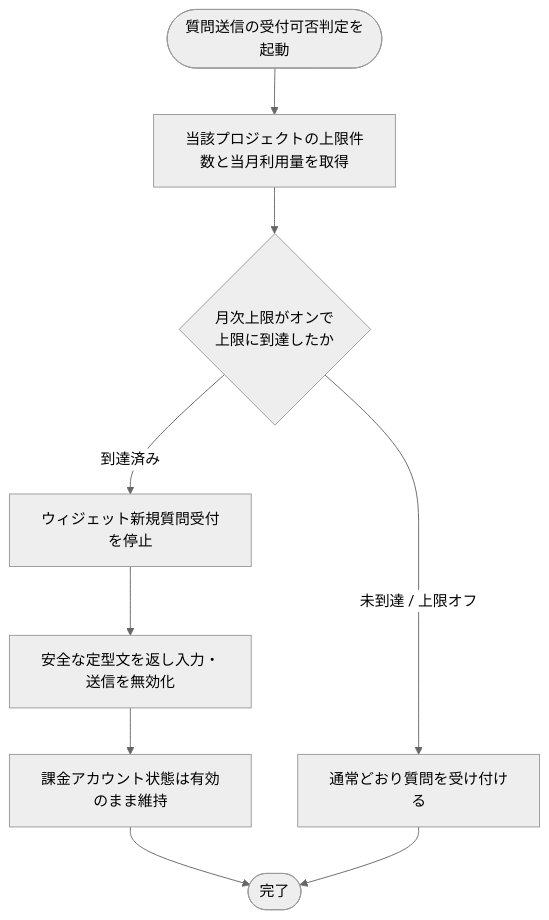
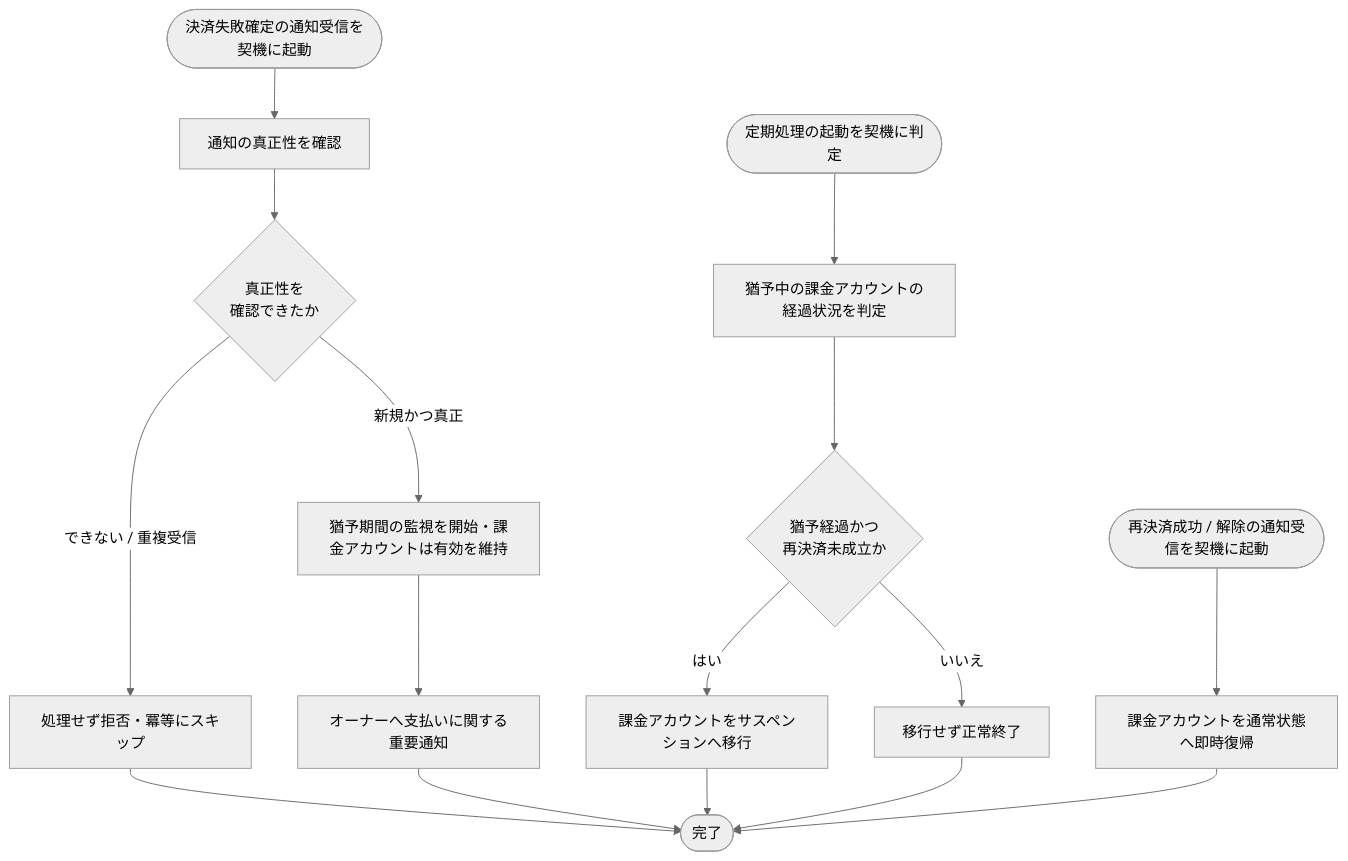
One commit to sikakou54/open-faq changed the diagram in 02_basic_design/02_backend/01_system/SYS-020.md. Above: the diagram before and after it, drawn with Mermaid (neutral theme). The commit also changed other lines of this file and 395 other files, not shown here.

````diff
--- a/02_basic_design/02_backend/01_system/SYS-020.md
+++ b/02_basic_design/02_backend/01_system/SYS-020.md
@@ -26,11 +27,18 @@
 ```mermaid
 flowchart TB
-  S([質問送信の受付可否判定を起動]) --> A[当該プロジェクトの上限件数と当月利用量を取得]
-  A --> B{月次上限がオンで<br/>上限に到達したか}
-  B -- 到達済み --> C[ウィジェット新規質問受付を停止]
-  C --> D[安全な定型文を返し入力・送信を無効化]
-  D --> E[課金アカウント状態は有効のまま維持]
-  B -- 未到達 / 上限オフ --> F[通常どおり質問を受け付ける]
-  E --> G([完了])
-  F --> G
+  S([決済失敗確定の通知受信を契機に起動]) --> A[通知の真正性を確認]
+  A --> B{真正性を<br/>確認できたか}
+  B -- できない / 重複受信 --> X[処理せず拒否・冪等にスキップ]
+  X --> Z([完了])
+  B -- 新規かつ真正 --> C[猶予期間の監視を開始・課金アカウントは有効を維持]
+  C --> D[オーナーへ支払いに関する重要通知]
+  D --> Z
+  SC([定期処理の起動を契機に判定]) --> E[猶予中の課金アカウントの経過状況を判定]
+  E --> F{猶予経過かつ<br/>再決済未成立か}
+  F -- はい --> G[課金アカウントをサスペンションへ移行]
+  F -- いいえ --> H[移行せず正常終了]
+  G --> Z
+  H --> Z
+  RC([再決済成功 / 解除の通知受信を契機に起動]) --> I[課金アカウントを通常状態へ即時復帰]
+  I --> Z
 ```
````
